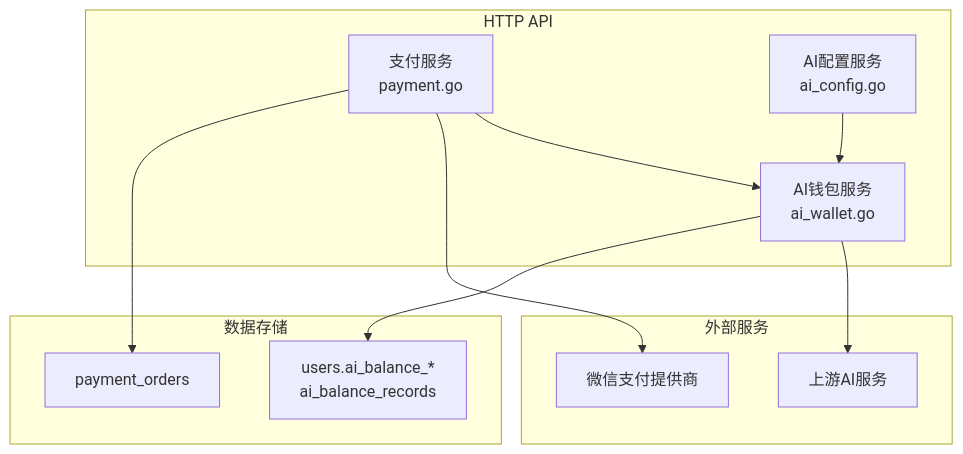
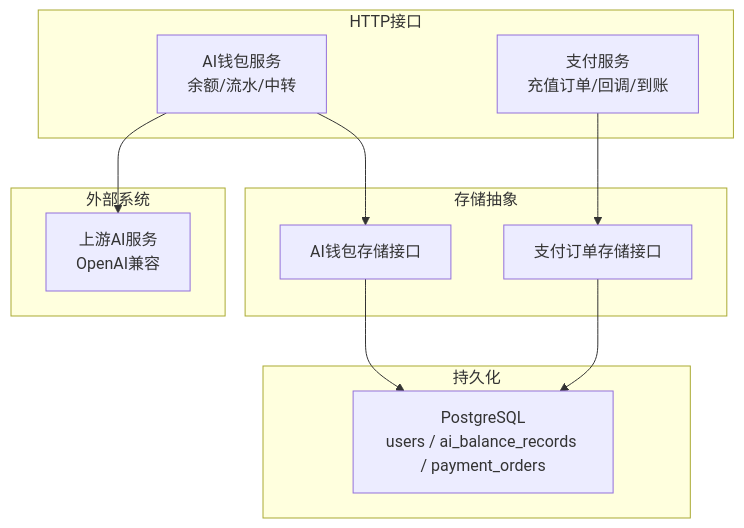
Before and after one commit to alvinwangzi/goodhr: the first of 7 diagrams in .qoder/repowiki/zh/content/云端后端服务/支付订阅系统/AI钱包系统.md, drawn with Mermaid. The commit also changed other lines of this file and 149 other files, not shown here.

````diff
--- a/.qoder/repowiki/zh/content/云端后端服务/支付订阅系统/AI钱包系统.md
+++ b/.qoder/repowiki/zh/content/云端后端服务/支付订阅系统/AI钱包系统.md
@@ -36,22 +35,22 @@
 ```mermaid
 graph TB
-subgraph "HTTP API"
-A["AI钱包服务<br/>ai_wallet.go"]
-B["支付服务<br/>payment.go"]
-C["AI配置服务<br/>ai_config.go"]
+subgraph "HTTP接口"
+A["AI钱包服务<br/>余额/流水/中转"]
+B["支付服务<br/>充值订单/回调/到账"]
 end
-subgraph "数据存储"
-D["users.ai_balance_*<br/>ai_balance_records"]
-E["payment_orders"]
+subgraph "存储抽象"
+C["AI钱包存储接口"]
+D["支付订单存储接口"]
 end
-subgraph "外部服务"
-F["上游AI服务"]
-G["微信支付提供商"]
+subgraph "持久化"
+E["PostgreSQL<br/>users / ai_balance_records / payment_orders"]
 end
-A --> D
+subgraph "外部系统"
+F["上游AI服务<br/>OpenAI兼容"]
+end
+A --> C
+B --> D
+C --> E
+D --> E
 A --> F
-B --> E
-B --> G
-B --> A
-C --> A
 ```
````
